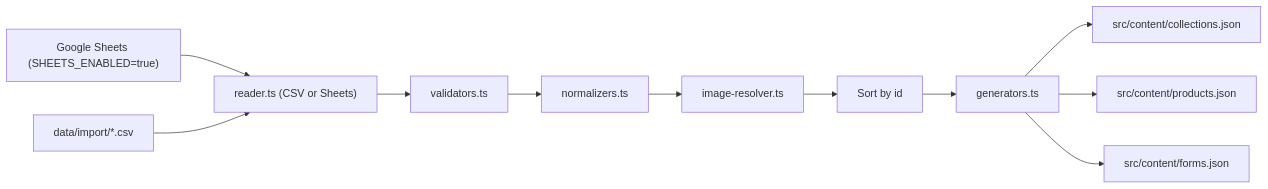
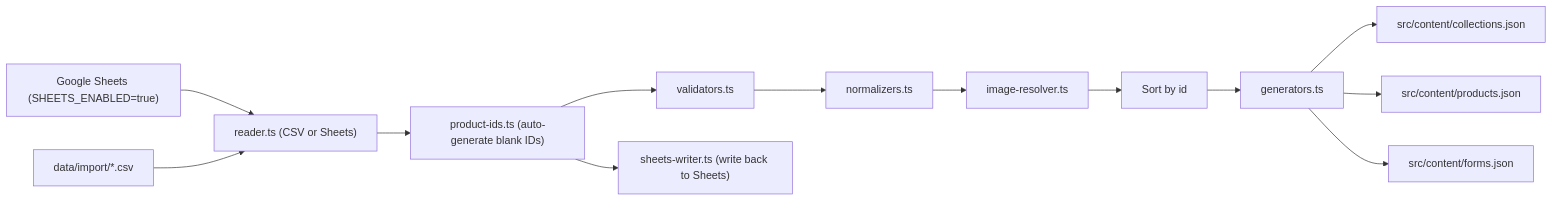
The second of 5 diagrams in docs/ARCHITECTURE.md (Haplo66/ripple-bakes-makes), drawn with Mermaid before and after one commit. The commit also changed other lines of this file and 22 other files, not shown here.

Commit message:
v1.20.4 Product ID Auto-Generation complete

````diff
--- a/docs/ARCHITECTURE.md
+++ b/docs/ARCHITECTURE.md
@@ -71,14 +71,16 @@
 ```mermaid
 flowchart LR
   reader["reader.ts (CSV or Sheets)"]
   sheets["Google Sheets (SHEETS_ENABLED=true)"] --> reader
   csv["data/import/*.csv"] --> reader
-  reader --> validators["validators.ts"]
+  reader --> ids["product-ids.ts (auto-generate blank IDs)"]
+  ids --> validators["validators.ts"]
   validators --> normalizers["normalizers.ts"]
   normalizers --> resolver["image-resolver.ts"]
   resolver --> sort["Sort by id"]
   sort --> generators["generators.ts"]
   generators --> collectionsJson["src/content/collections.json"]
   generators --> productsJson["src/content/products.json"]
   generators --> formsJson["src/content/forms.json"]
+  ids --> writer["sheets-writer.ts (write back to Sheets)"]
 ```
````
